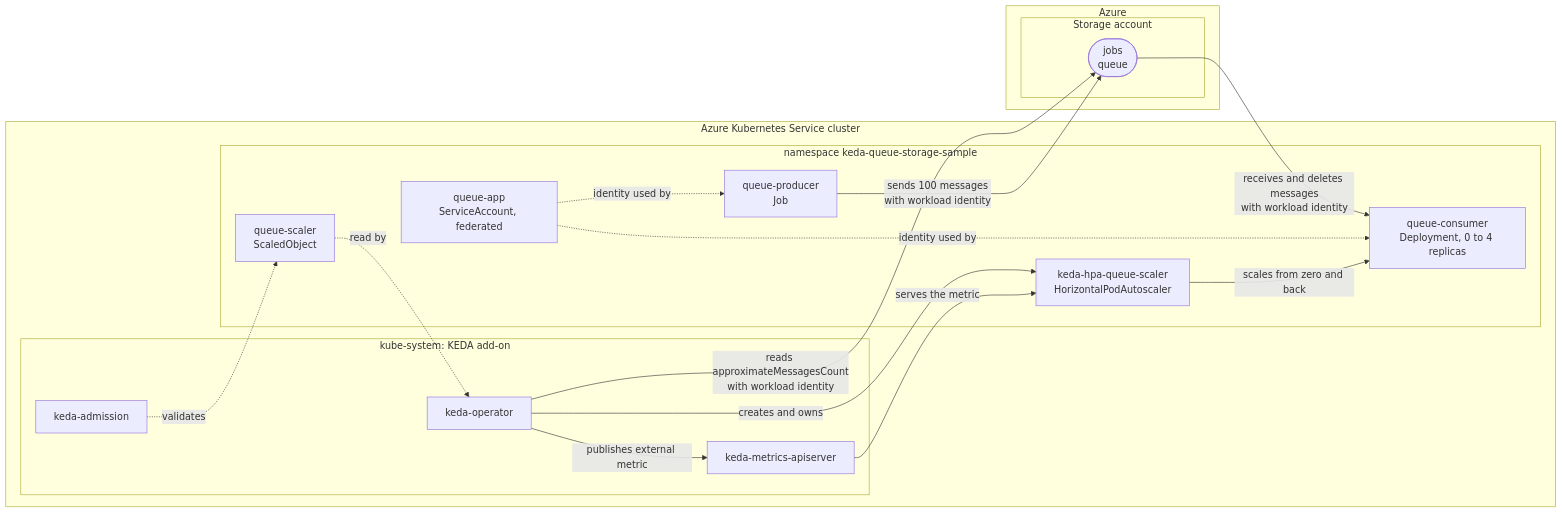
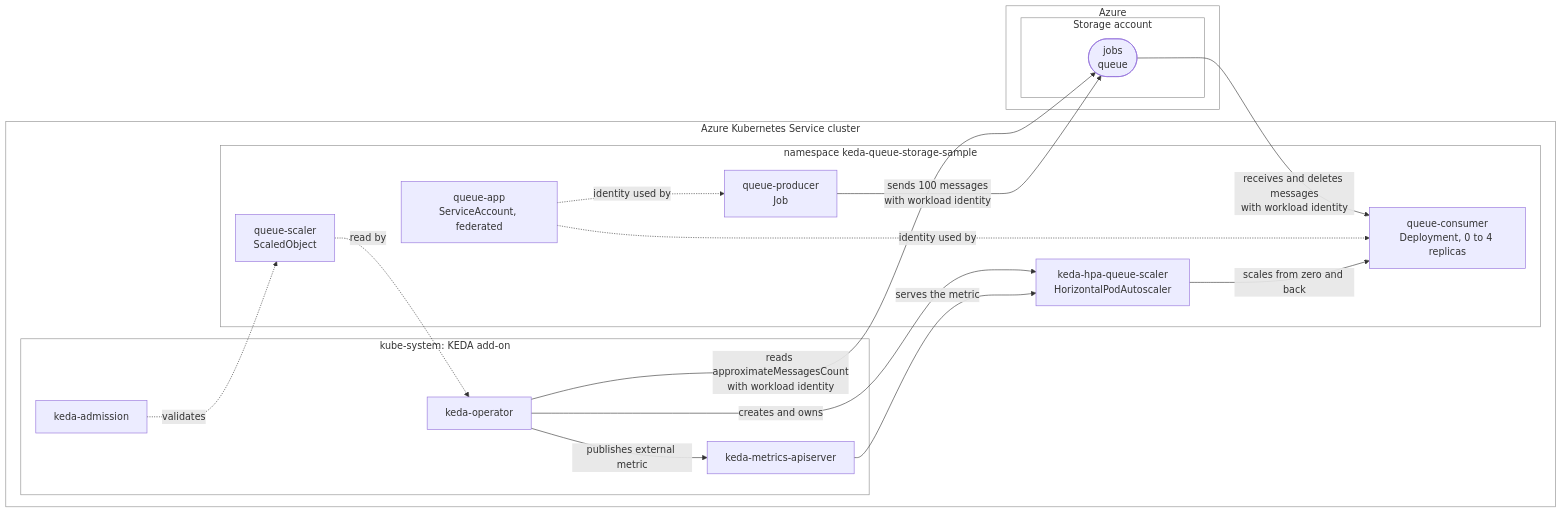
One commit to localstack-samples/aks-samples changed the diagram in tutorials/keda/queue-storage/README.md. Above: the diagram before and after it, drawn with Mermaid. The commit also changed 6 other files, not shown here.

First line of the commit message:
Mermaid diagrams: drop the yellow subgraph fill, add CCM and Gateway API diagrams

````diff
--- a/tutorials/keda/queue-storage/README.md
+++ b/tutorials/keda/queue-storage/README.md
@@ -18,35 +18,36 @@
 ```mermaid
+%%{init: {'themeVariables': {'clusterBkg': 'transparent', 'clusterBorder': '#8c8c8c'}}}%%
 flowchart LR
     subgraph aks["Azure Kubernetes Service cluster"]
         subgraph kubesystem["kube-system: KEDA add-on"]
             operator["keda-operator"]
             metrics["keda-metrics-apiserver"]
             admission["keda-admission"]
         end
         subgraph appns["namespace keda-queue-storage-sample"]
             serviceaccount["queue-app<br/>ServiceAccount, federated"]
             producer["queue-producer<br/>Job"]
             consumer["queue-consumer<br/>Deployment, 0 to 4 replicas"]
             scaledobject["queue-scaler<br/>ScaledObject"]
             hpa["keda-hpa-queue-scaler<br/>HorizontalPodAutoscaler"]
         end
     end
 
     subgraph azure["Azure"]
         subgraph account["Storage account"]
             queue(["jobs<br/>queue"])
         end
     end
 
     producer -->|"sends 100 messages<br/>with workload identity"| queue
     queue -->|"receives and deletes messages<br/>with workload identity"| consumer
     operator -->|"reads approximateMessagesCount<br/>with workload identity"| queue
     serviceaccount -.->|"identity used by"| producer
     serviceaccount -.->|"identity used by"| consumer
     scaledobject -.->|"read by"| operator
     operator -->|"creates and owns"| hpa
     operator -->|"publishes external metric"| metrics
     metrics -->|"serves the metric"| hpa
     hpa -->|"scales from zero and back"| consumer
     admission -.->|"validates"| scaledobject
 ```
````
